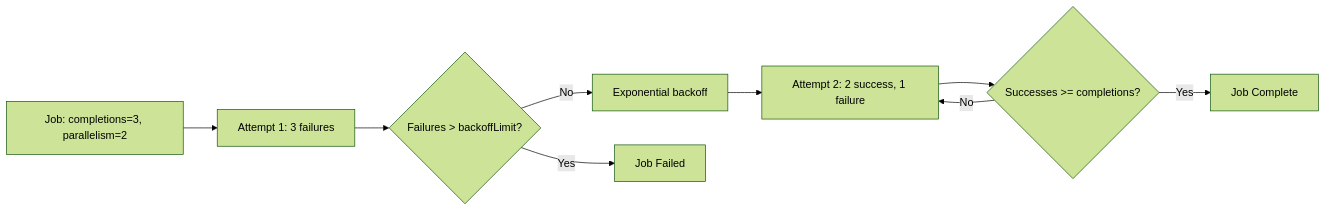
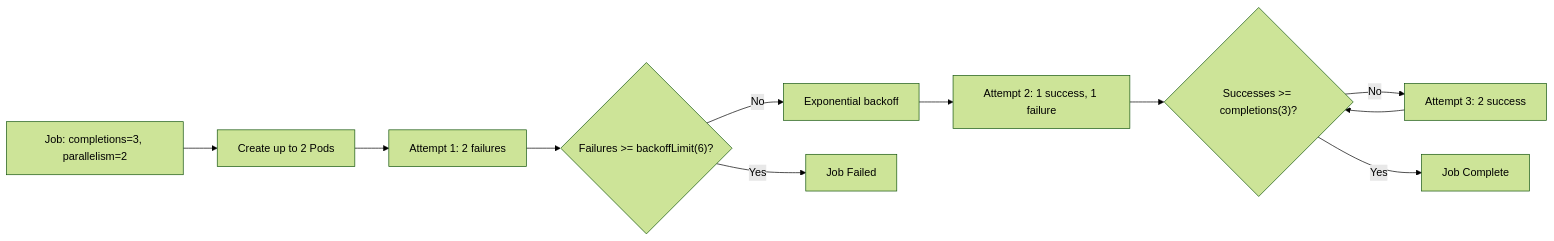
Before and after one commit to MattiaFanan/k8s-notes: the first of 2 diagrams in 03-deployments/2-mechanics/03-job-cronjob-behavior.md, drawn with Mermaid (forest theme). The commit also changed other lines of this file and 1 other file, not shown here.

Commit message:
fixed comment 35

````diff
--- a/03-deployments/2-mechanics/03-job-cronjob-behavior.md
+++ b/03-deployments/2-mechanics/03-job-cronjob-behavior.md
@@ -40,11 +40,13 @@
 ```mermaid
 flowchart LR
-    A["Job: completions=3, parallelism=2"] --> B["Attempt 1: 3 failures"]
-    B --> C{"Failures > backoffLimit?"}
-    C -->|No| D["Exponential backoff"]
-    D --> E["Attempt 2: 2 success, 1 failure"]
-    E --> F{"Successes >= completions?"}
-    F -->|Yes| G["Job Complete"]
-    C -->|Yes| H["Job Failed"]
-    F -->|No| E
+    A["Job: completions=3, parallelism=2"] --> B["Create up to 2 Pods"]
+    B --> C["Attempt 1: 2 failures"]
+    C --> D{"Failures >= backoffLimit(6)?"}
+    D -->|No| E["Exponential backoff"]
+    E --> F["Attempt 2: 1 success, 1 failure"]
+    F --> G{"Successes >= completions(3)?"}
+    G -->|No| H["Attempt 3: 2 success"]
+    H --> G
+    G -->|Yes| I["Job Complete"]
+    D -->|Yes| J["Job Failed"]
 ```
````
